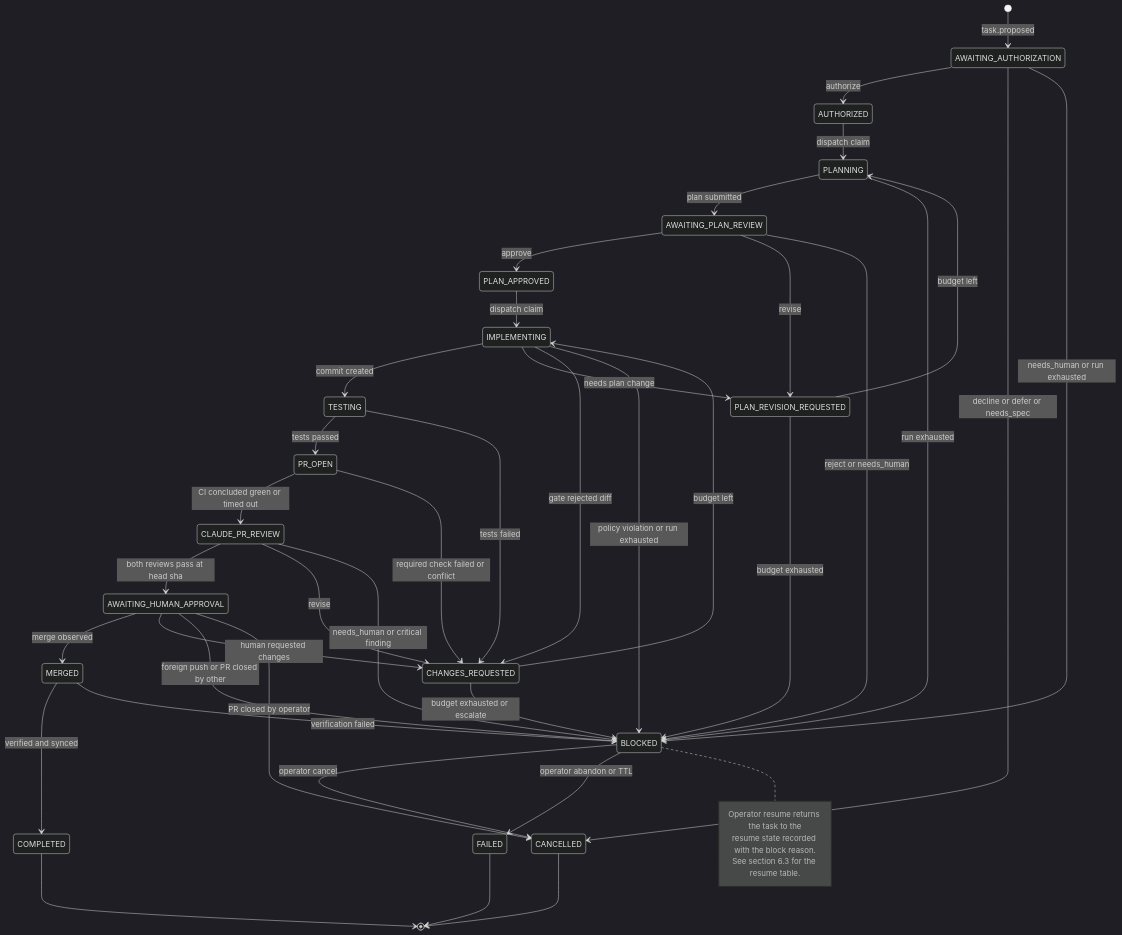
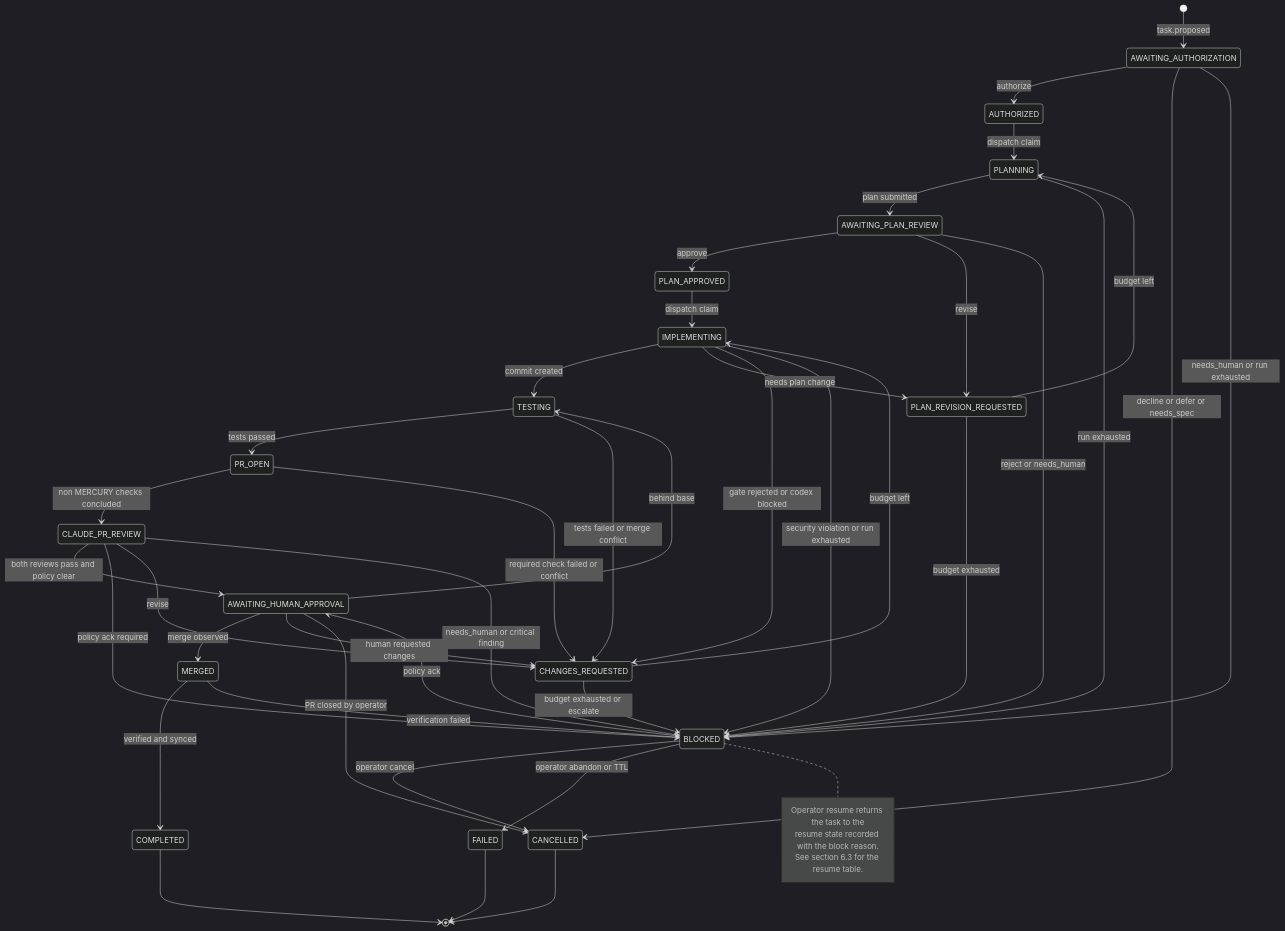
One commit to usjbro/Project-Mercury changed the first of 3 diagrams in docs/mercury/architecture/state-machine.md. Above: the diagram before and after it, drawn with Mermaid (dark theme). The commit also changed other lines of this file and 28 other files, not shown here.

````diff
--- a/docs/mercury/architecture/state-machine.md
+++ b/docs/mercury/architecture/state-machine.md
@@ -72,45 +102,47 @@
 ```mermaid
 stateDiagram-v2
     [*] --> AWAITING_AUTHORIZATION: task.proposed
     AWAITING_AUTHORIZATION --> AUTHORIZED: authorize
     AWAITING_AUTHORIZATION --> CANCELLED: decline or defer or needs_spec
     AWAITING_AUTHORIZATION --> BLOCKED: needs_human or run exhausted
     AUTHORIZED --> PLANNING: dispatch claim
     PLANNING --> AWAITING_PLAN_REVIEW: plan submitted
     PLANNING --> BLOCKED: run exhausted
     AWAITING_PLAN_REVIEW --> PLAN_APPROVED: approve
     AWAITING_PLAN_REVIEW --> PLAN_REVISION_REQUESTED: revise
     AWAITING_PLAN_REVIEW --> BLOCKED: reject or needs_human
     PLAN_REVISION_REQUESTED --> PLANNING: budget left
     PLAN_REVISION_REQUESTED --> BLOCKED: budget exhausted
     PLAN_APPROVED --> IMPLEMENTING: dispatch claim
     IMPLEMENTING --> TESTING: commit created
     IMPLEMENTING --> PLAN_REVISION_REQUESTED: needs plan change
-    IMPLEMENTING --> CHANGES_REQUESTED: gate rejected diff
-    IMPLEMENTING --> BLOCKED: policy violation or run exhausted
+    IMPLEMENTING --> CHANGES_REQUESTED: gate rejected or codex blocked
+    IMPLEMENTING --> BLOCKED: security violation or run exhausted
     TESTING --> PR_OPEN: tests passed
-    TESTING --> CHANGES_REQUESTED: tests failed
-    PR_OPEN --> CLAUDE_PR_REVIEW: CI concluded green or timed out
+    TESTING --> CHANGES_REQUESTED: tests failed or merge conflict
+    PR_OPEN --> CLAUDE_PR_REVIEW: non MERCURY checks concluded
     PR_OPEN --> CHANGES_REQUESTED: required check failed or conflict
-    CLAUDE_PR_REVIEW --> AWAITING_HUMAN_APPROVAL: both reviews pass at head sha
+    CLAUDE_PR_REVIEW --> AWAITING_HUMAN_APPROVAL: both reviews pass and policy clear
+    CLAUDE_PR_REVIEW --> BLOCKED: policy ack required
     CLAUDE_PR_REVIEW --> CHANGES_REQUESTED: revise
     CLAUDE_PR_REVIEW --> BLOCKED: needs_human or critical finding
     CHANGES_REQUESTED --> IMPLEMENTING: budget left
     CHANGES_REQUESTED --> BLOCKED: budget exhausted or escalate
     AWAITING_HUMAN_APPROVAL --> MERGED: merge observed
     AWAITING_HUMAN_APPROVAL --> CHANGES_REQUESTED: human requested changes
-    AWAITING_HUMAN_APPROVAL --> BLOCKED: foreign push or PR closed by other
+    AWAITING_HUMAN_APPROVAL --> TESTING: behind base
     AWAITING_HUMAN_APPROVAL --> CANCELLED: PR closed by operator
     MERGED --> COMPLETED: verified and synced
     MERGED --> BLOCKED: verification failed
+    BLOCKED --> AWAITING_HUMAN_APPROVAL: policy ack
     BLOCKED --> CANCELLED: operator cancel
     BLOCKED --> FAILED: operator abandon or TTL
     COMPLETED --> [*]
     FAILED --> [*]
     CANCELLED --> [*]
     note right of BLOCKED
         Operator resume returns the task to the
         resume state recorded with the block reason.
         See section 6.3 for the resume table.
     end note
 ```
````
